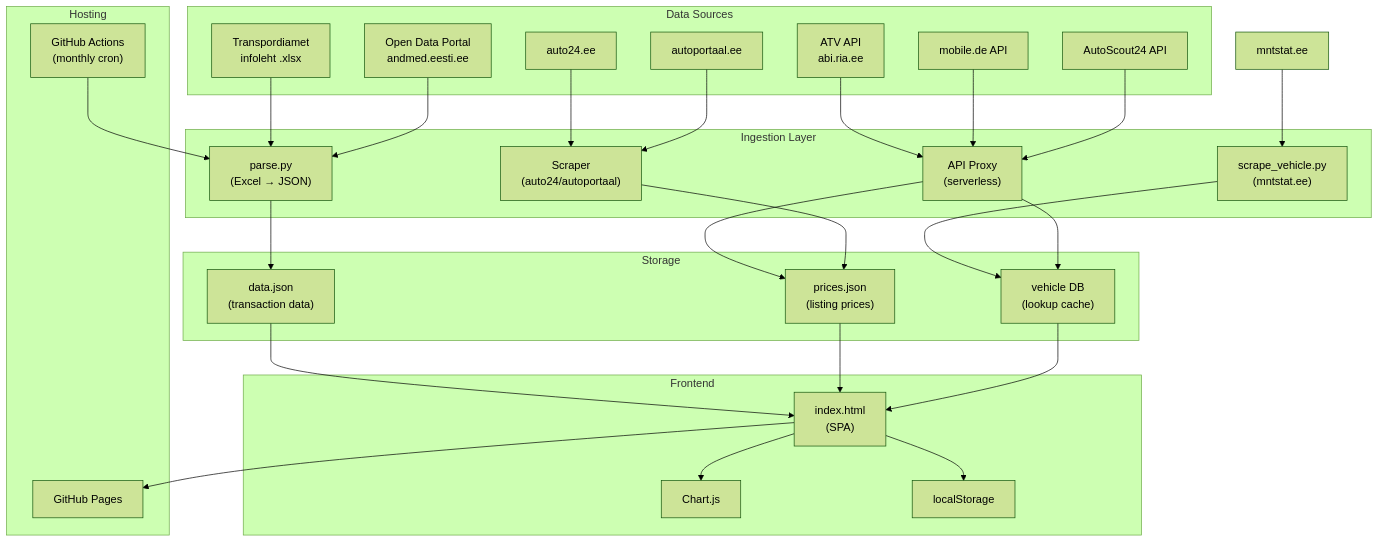
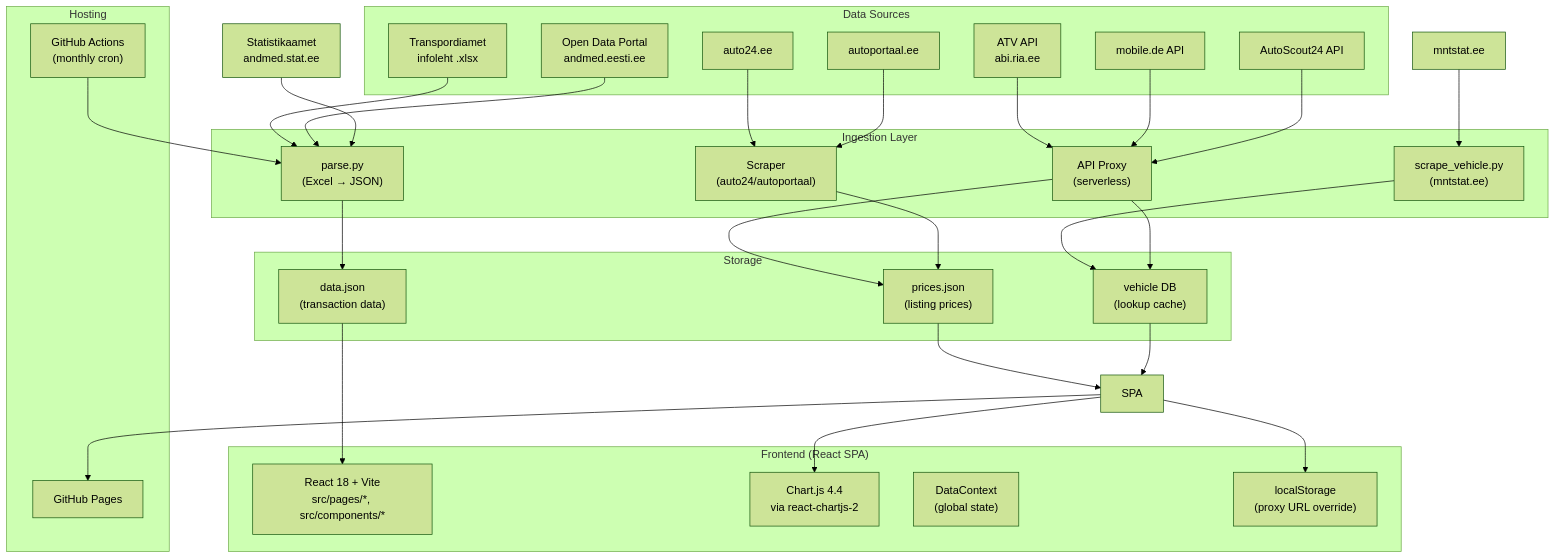
Before and after one commit to juulchristopher/autoturg: the first of 2 diagrams in docs/architecture.md, drawn with Mermaid (forest theme). The commit also changed other lines of this file and 3 other files, not shown here.

````diff
--- a/docs/architecture.md
+++ b/docs/architecture.md
@@ -11,57 +11,59 @@
 ```mermaid
 flowchart TB
     subgraph sources["Data Sources"]
         TA["Transpordiamet\ninfoleht .xlsx"]
         ATV["ATV API\nabi.ria.ee"]
         ODP["Open Data Portal\nandmed.eesti.ee"]
         MDE["mobile.de API"]
         AS24["AutoScout24 API"]
         A24["auto24.ee"]
         AP["autoportaal.ee"]
     end
 
     subgraph ingestion["Ingestion Layer"]
         PP["parse.py\n(Excel → JSON)"]
         SV["scrape_vehicle.py\n(mntstat.ee)"]
         API_PROXY["API Proxy\n(serverless)"]
         SCRAPER["Scraper\n(auto24/autoportaal)"]
     end
 
     subgraph storage["Storage"]
         DJ["data.json\n(transaction data)"]
         PJ["prices.json\n(listing prices)"]
         VDB["vehicle DB\n(lookup cache)"]
     end
 
-    subgraph frontend["Frontend"]
-        SPA["index.html\n(SPA)"]
-        CJS["Chart.js"]
-        LS["localStorage"]
+    subgraph frontend["Frontend (React SPA)"]
+        REACT["React 18 + Vite\nsrc/pages/*, src/components/*"]
+        CJS["Chart.js 4.4\nvia react-chartjs-2"]
+        CTX["DataContext\n(global state)"]
+        LS["localStorage\n(proxy URL override)"]
     end
 
     subgraph hosting["Hosting"]
         GHP["GitHub Pages"]
         GHA["GitHub Actions\n(monthly cron)"]
     end
 
     TA --> PP
     ODP --> PP
     PP --> DJ
     MNT["mntstat.ee"] --> SV
     SV --> VDB
     ATV --> API_PROXY
     MDE --> API_PROXY
     AS24 --> API_PROXY
     A24 --> SCRAPER
     AP --> SCRAPER
     API_PROXY --> PJ
     API_PROXY --> VDB
     SCRAPER --> PJ
-    DJ --> SPA
+    STAT["Statistikaamet\nandmed.stat.ee"] --> PP
+    DJ --> REACT
     PJ --> SPA
     VDB --> SPA
     SPA --> CJS
     SPA --> LS
     GHA --> PP
     SPA --> GHP
 ```
````
